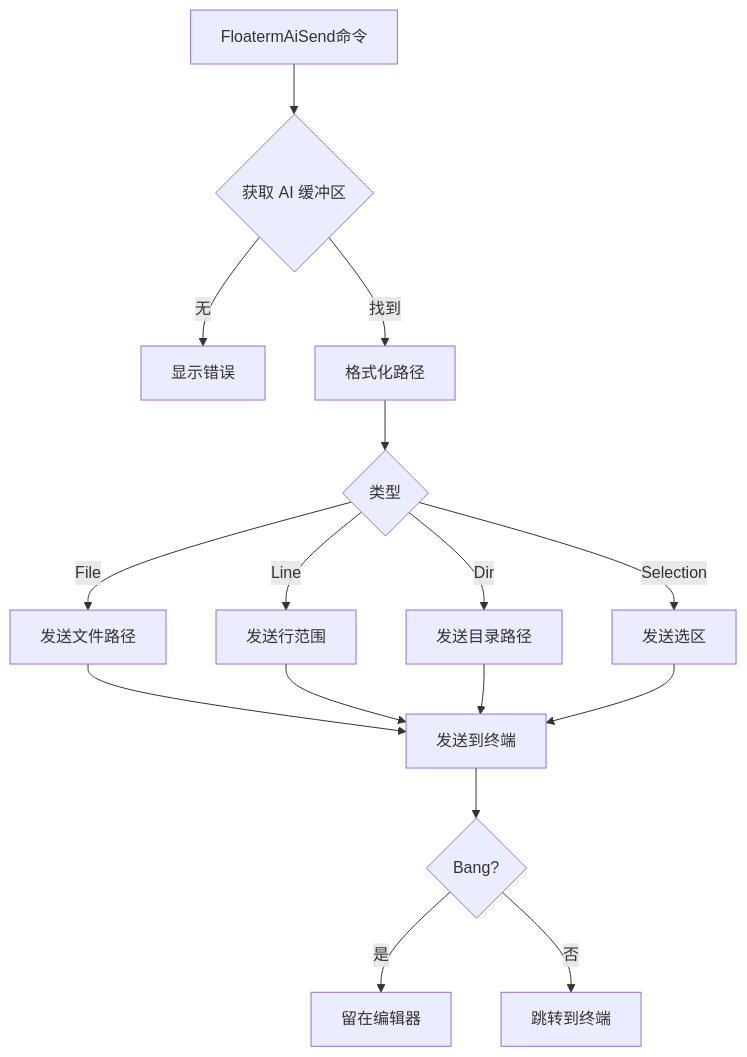
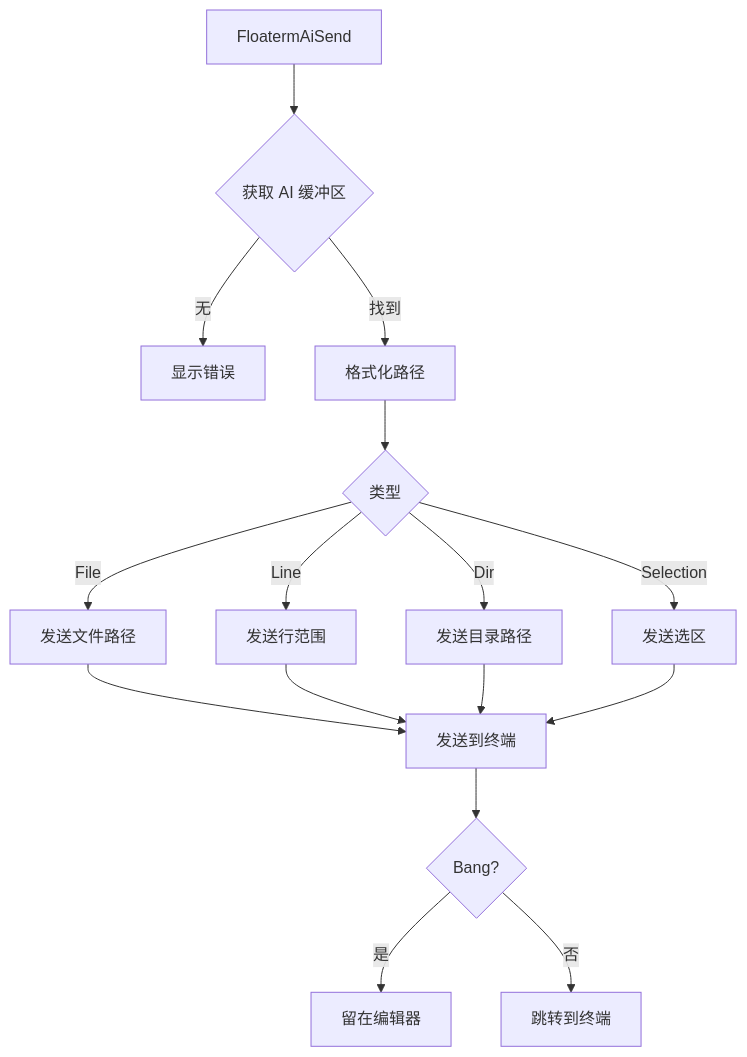
Before and after one commit to leoatchina/vim-floaterm-enhance: the second of 5 diagrams in README_cn.md, drawn with Mermaid. The commit also changed other lines of this file and 1 other file, not shown here.

````diff
--- a/README_cn.md
+++ b/README_cn.md
@@ -28,18 +87,18 @@
 ```mermaid
 graph TB
-    Send[FloatermAiSend命令] --> GetBuf{获取 AI 缓冲区}
+    Send[FloatermAiSend] --> GetBuf{获取 AI 缓冲区}
     GetBuf -->|无| Err2[显示错误]
     GetBuf -->|找到| Format[格式化路径]
     Format --> Type{类型}
     Type -->|File| SendFile[发送文件路径]
     Type -->|Line| SendRange[发送行范围]
     Type -->|Dir| SendDir[发送目录路径]
     Type -->|Selection| SendSel[发送选区]
     SendFile --> Term[发送到终端]
     SendRange --> Term
     SendDir --> Term
     SendSel --> Term
     Term --> Stay{Bang?}
     Stay -->|是| StayEd[留在编辑器]
     Stay -->|否| JumpTerm[跳转到终端]
 ```
````
